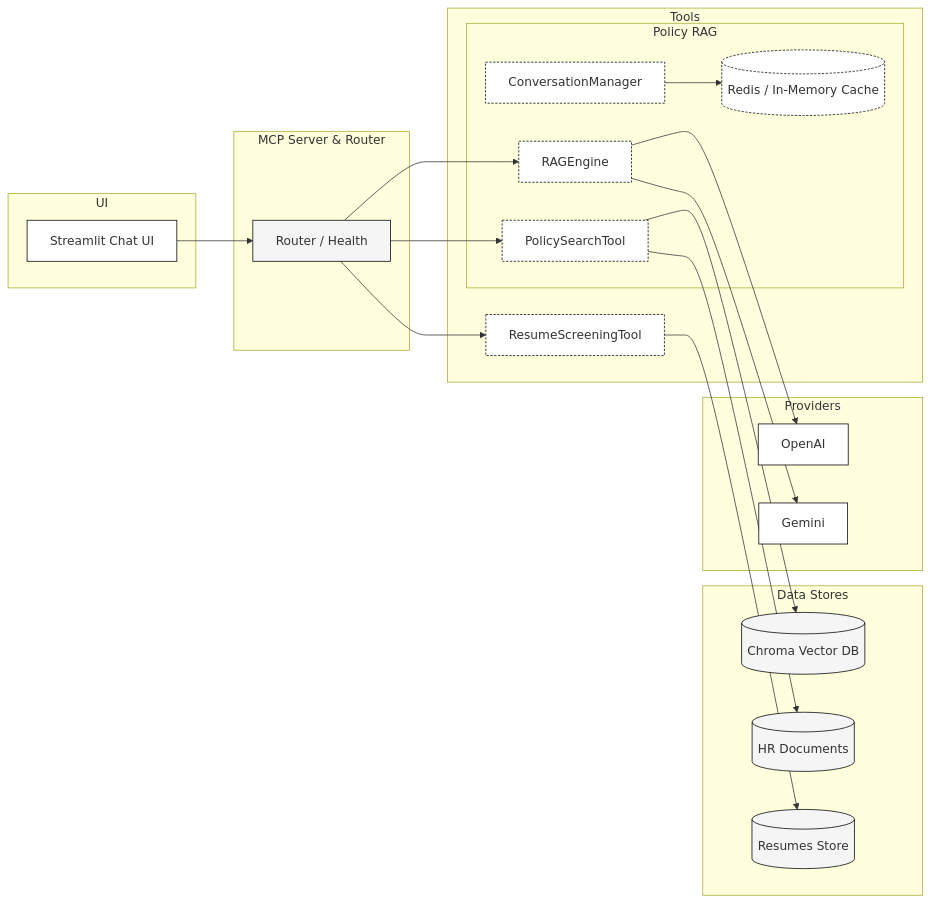
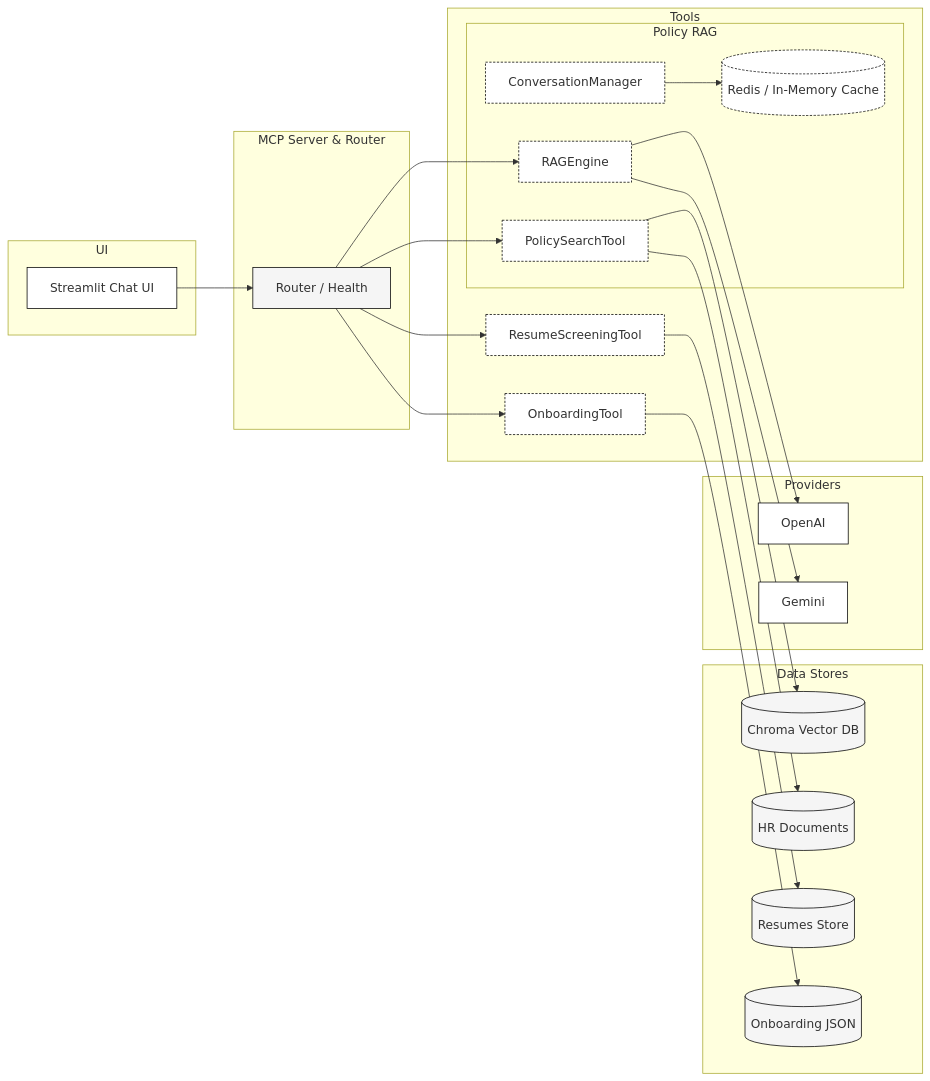
Before and after one commit to sanjanb/mcp-agent: the diagram in README.md, drawn with Mermaid. The commit also changed other lines of this file and 1 other file, not shown here.

Commit message:
Add onboarding tool documentation and validation script for task management

````diff
--- a/README.md
+++ b/README.md
@@ -81,55 +82,59 @@
 ```mermaid
 %% Monochrome (Black & White) Architecture Diagram
 flowchart LR
     subgraph UI
         ST["Streamlit Chat UI"]
     end
 
     subgraph MCP["MCP Server & Router"]
         Router["Router / Health"]
     end
 
     subgraph TOOLS["Tools"]
         subgraph RAG_GROUP["Policy RAG"]
             PS["PolicySearchTool"]
             RAG["RAGEngine"]
             CONV["ConversationManager"]
             CACHE[("Redis / In-Memory Cache")]
         end
         RS["ResumeScreeningTool"]
+        ONB["OnboardingTool"]
     end
 
     subgraph DATA["Data Stores"]
         CHROMA[("Chroma Vector DB")]
         DOCS[("HR Documents")]
         RESUMES[("Resumes Store")]
+        ONBDATA[("Onboarding JSON")]
     end
 
     subgraph LLM["Providers"]
         OPENAI["OpenAI"]
         GEMINI["Gemini"]
     end
 
     ST --> Router
     Router --> PS
     Router --> RAG
     Router --> RS
+    Router --> ONB
     PS --> CHROMA
     PS --> DOCS
     RS --> RESUMES
+    ONB --> ONBDATA
     RAG --> OPENAI
     RAG --> GEMINI
     CONV --> CACHE
 
     %% Grayscale styles
     classDef ui fill:#ffffff,stroke:#000000,stroke-width:1px
     classDef mcp fill:#f5f5f5,stroke:#000000,stroke-width:1px
     classDef tool fill:#ffffff,stroke:#000000,stroke-dasharray: 3 2
     classDef data fill:#f5f5f5,stroke:#000000,stroke-width:1px
     classDef prov fill:#ffffff,stroke:#000000,stroke-width:1px
     class ST ui
     class Router mcp
-    class PS,RAG,CONV,CACHE,RS tool
-    class CHROMA,DOCS,RESUMES data
+    class PS,RAG,CONV,CACHE,RS,ONB tool
+    class CHROMA,DOCS,RESUMES,ONBDATA data
     class OPENAI,GEMINI prov
 ```
````
